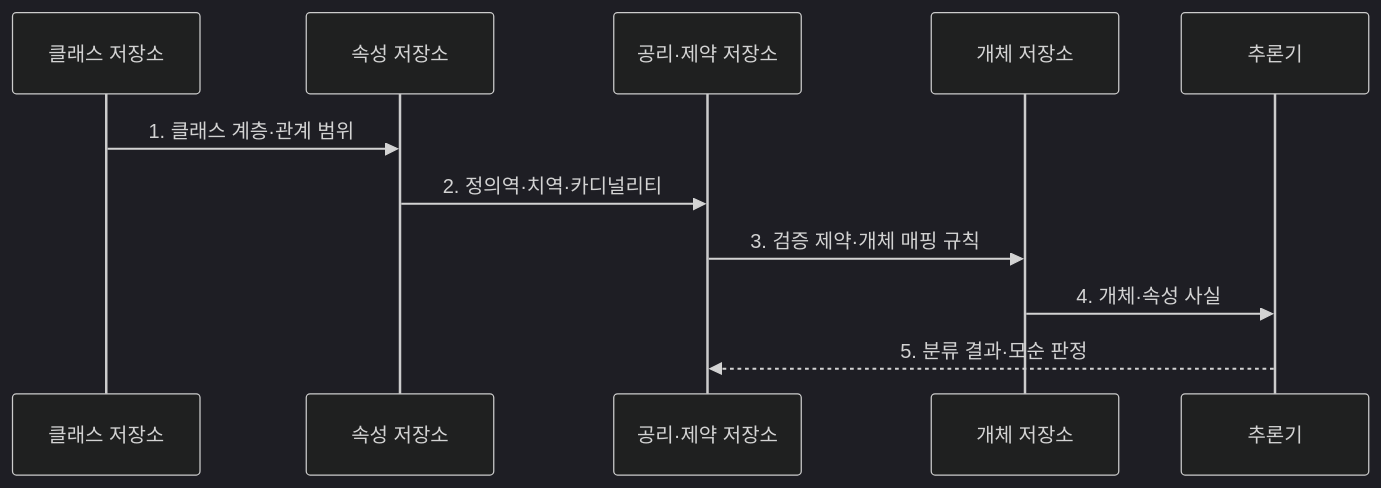
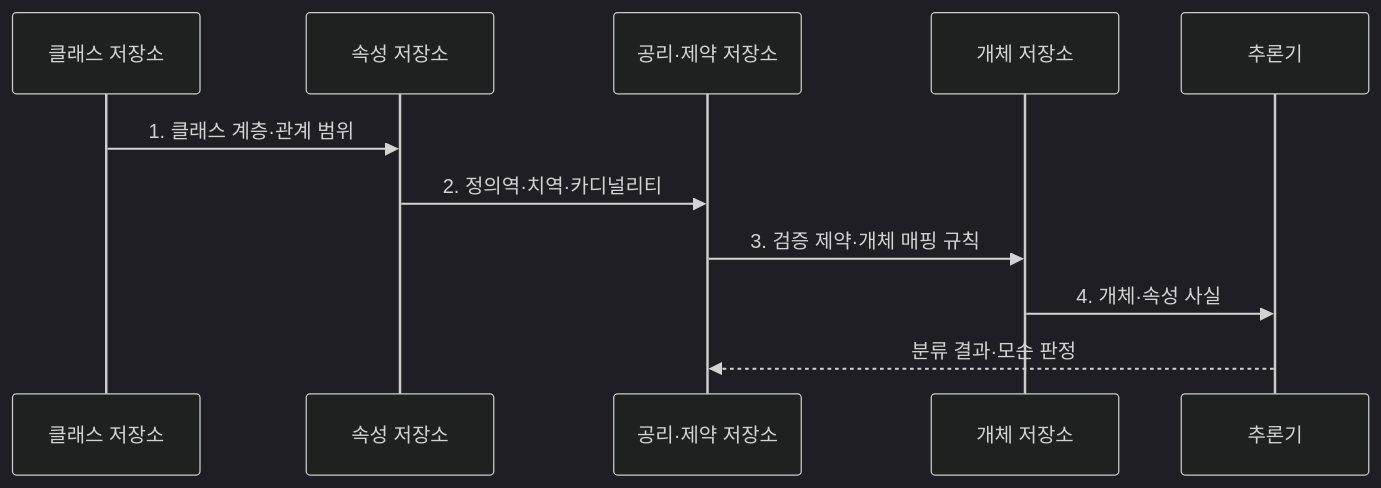
Before and after one commit to agnusdei1207/knowledge-base: the second of 2 diagrams in src/content/docs/notes/08-latest-tech/080_ontology.md, drawn with Mermaid (dark theme). The commit also changed other lines of this file and 225 other files, not shown here.

````diff
--- a/src/content/docs/notes/08-latest-tech/080_ontology.md
+++ b/src/content/docs/notes/08-latest-tech/080_ontology.md
@@ -81,13 +81,13 @@
 ```mermaid
 sequenceDiagram
   participant C as 클래스 저장소
   participant P as 속성 저장소
   participant A as 공리·제약 저장소
   participant I as 개체 저장소
   participant R as 추론기
   C->>P: 1. 클래스 계층·관계 범위
   P->>A: 2. 정의역·치역·카디널리티
   A->>I: 3. 검증 제약·개체 매핑 규칙
   I->>R: 4. 개체·속성 사실
-  R-->>A: 5. 분류 결과·모순 판정
+  R-->>A: 분류 결과·모순 판정
 ```
````
